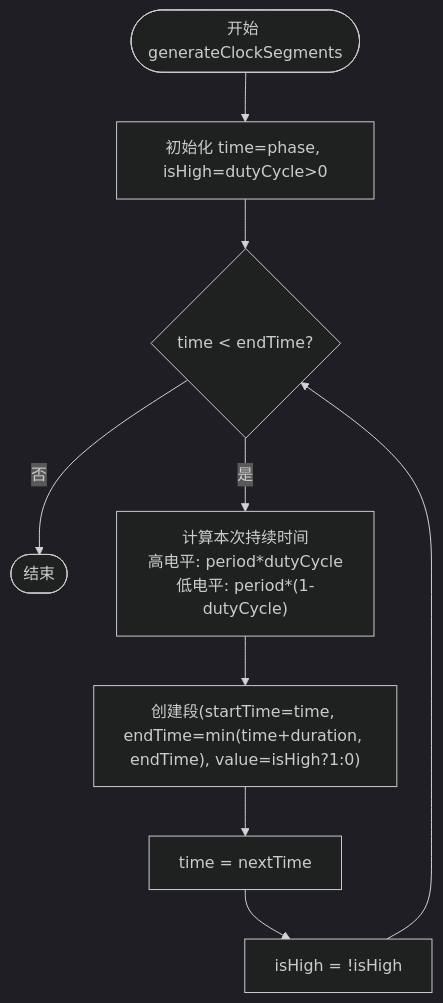
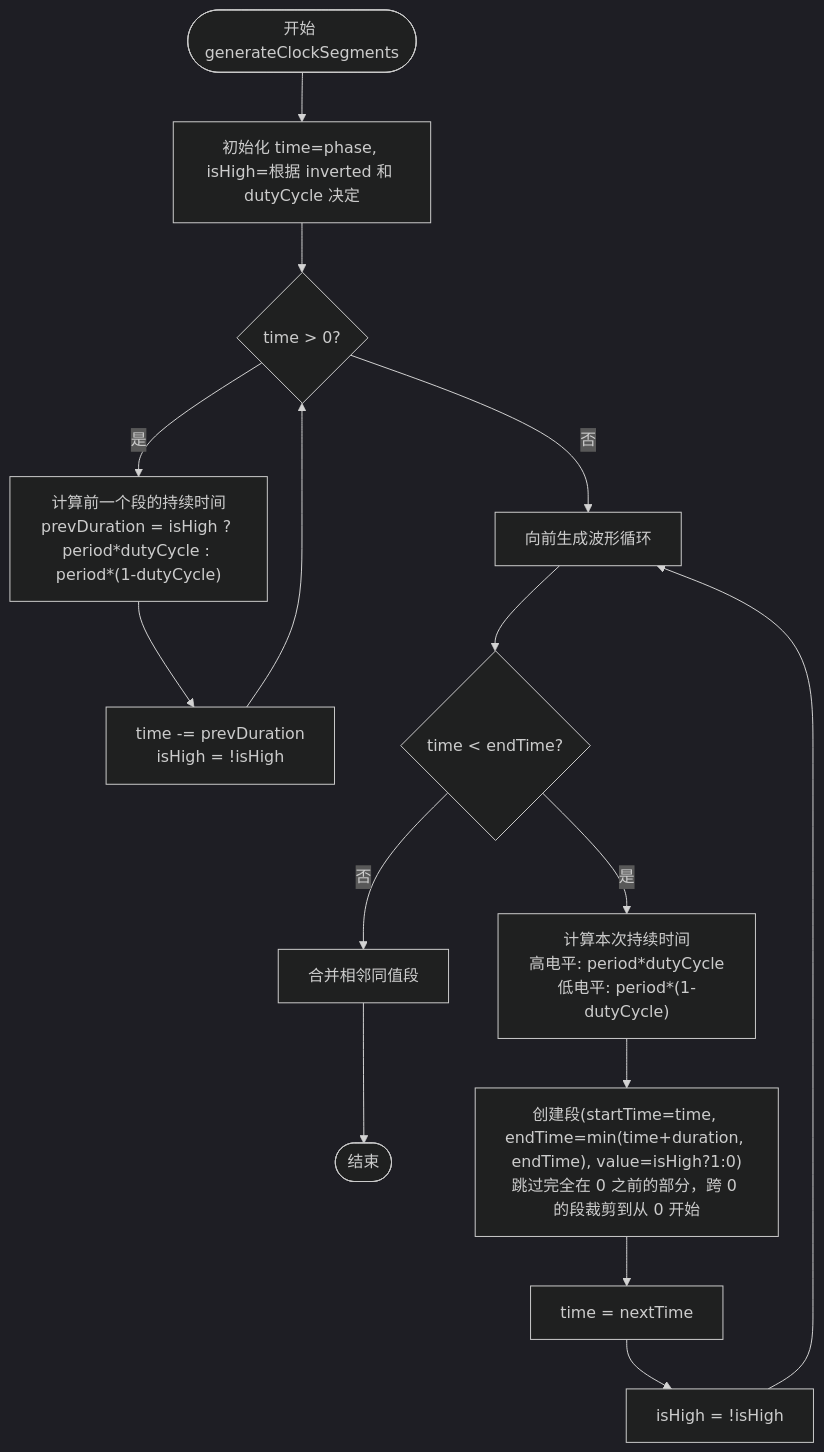
The fifth of 8 diagrams in .qoder/repowiki/zh/content/数据模型系统/信号模型 (Signal).md (nht123456/waveform-editor), drawn with Mermaid (dark theme) before and after one commit. The commit also changed other lines of this file and 12 other files, not shown here.

````diff
--- a/.qoder/repowiki/zh/content/数据模型系统/信号模型 (Signal).md
+++ b/.qoder/repowiki/zh/content/数据模型系统/信号模型 (Signal).md
@@ -297,11 +333,16 @@
 ```mermaid
 flowchart TD
-Start(["开始 generateClockSegments"]) --> Init["初始化 time=phase, isHigh=dutyCycle>0"]
-Init --> Loop{"time < endTime?"}
-Loop --> |否| End(["结束"])
-Loop --> |是| CalcDuration["计算本次持续时间<br/>高电平: period*dutyCycle<br/>低电平: period*(1-dutyCycle)"]
-CalcDuration --> CreateSeg["创建段(startTime=time, endTime=min(time+duration, endTime), value=isHigh?1:0)"]
+Start(["开始 generateClockSegments"]) --> Init["初始化 time=phase, isHigh=根据 inverted 和 dutyCycle 决定"]
+Init --> BackwardLoop{"time > 0?"}
+BackwardLoop --> |否| ForwardLoop["向前生成波形循环"]
+BackwardLoop --> |是| CalcPrev["计算前一个段的持续时间<br/>prevDuration = isHigh ? period*dutyCycle : period*(1-dutyCycle)"]
+CalcPrev --> Decrement["time -= prevDuration<br/>isHigh = !isHigh"]
+Decrement --> BackwardLoop
+ForwardLoop --> CheckEndTime{"time < endTime?"}
+CheckEndTime --> |否| Merge["合并相邻同值段"] --> End(["结束"])
+CheckEndTime --> |是| CalcDuration["计算本次持续时间<br/>高电平: period*dutyCycle<br/>低电平: period*(1-dutyCycle)"]
+CalcDuration --> CreateSeg["创建段(startTime=time, endTime=min(time+duration, endTime), value=isHigh?1:0)<br/>跳过完全在 0 之前的部分，跨 0 的段裁剪到从 0 开始"]
 CreateSeg --> UpdateTime["time = nextTime"]
 UpdateTime --> Toggle["isHigh = !isHigh"]
-Toggle --> Loop
+Toggle --> ForwardLoop
 ```
````
